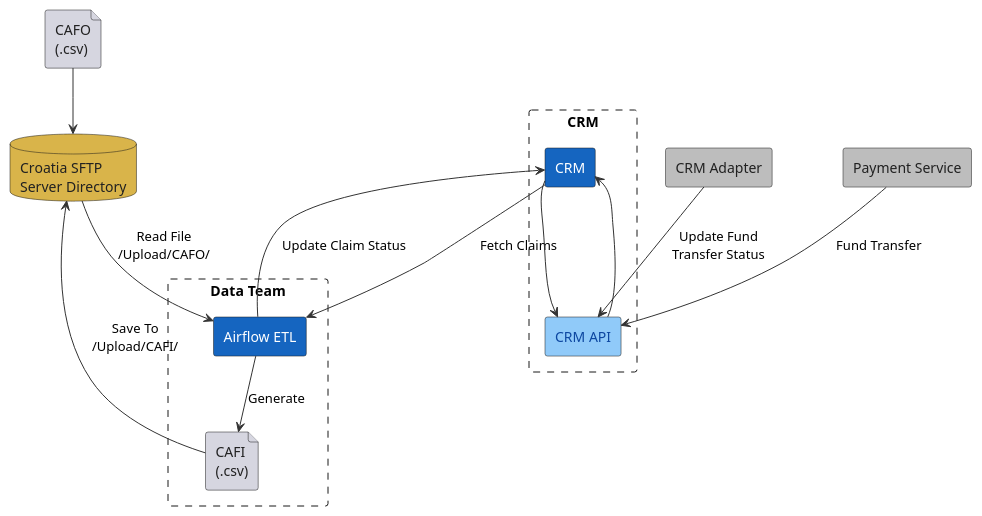
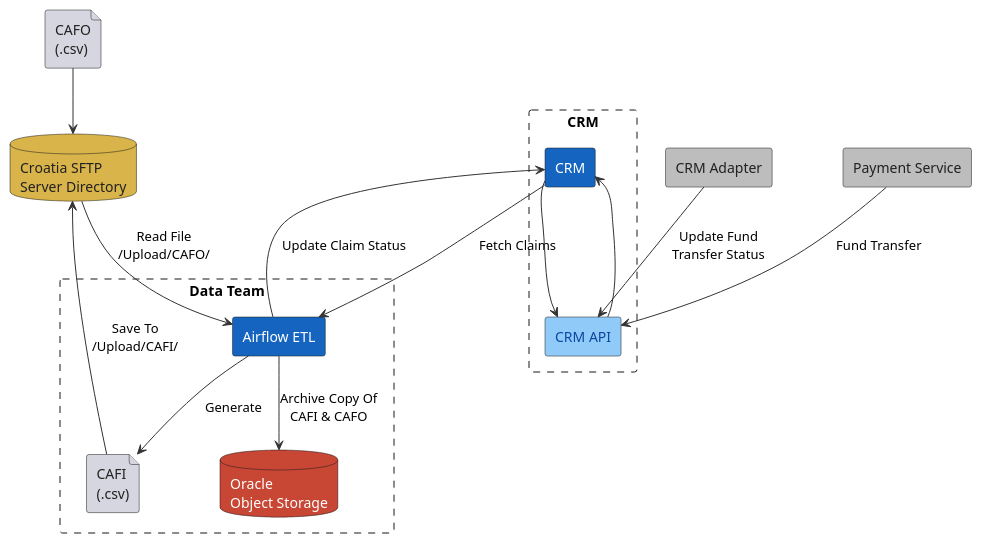
One commit to AdhamNour/plantuml_learning changed the diagram in crm_plantuml.puml. Above: the diagram before and after it, drawn with PlantUML.

Commit message:
Show ETL archiving CAFI/CAFO copies to Oracle Object Storage
The Airflow ETL retains a copy of every CAFI and CAFO file, which the
diagram did not show at all. Adds an Oracle Object Storage cylinder in
the Data Team boundary (the team that owns the archive) with a single
arrow from the ETL, since the ETL is what performs the copy.

Drawing one arrow per file instead was tried and rejected: it crossed
the Save To/Read File lines and pushed CAFO onto the boundary edge.

Splits the database skinparam by stereotype so the archive reads as a
distinct system from the Croatia SFTP directory rather than sharing
its color.

Claude-Session: https://claude.ai/code/session_01NVT4WJCtQjeYWkpL8qfL4N

```diff
--- a/crm_plantuml.puml
+++ b/crm_plantuml.puml
@@ -1,68 +1,74 @@
 @startuml CRM_Architecture
 
 hide stereotype
 
 skinparam rectangle {
   BackgroundColor<<crm_core>> #1565C0
   FontColor<<crm_core>> white
   BackgroundColor<<crm_api>> #90CAF9
   FontColor<<crm_api>> #0D47A1
   BackgroundColor<<etl>> #1565C0
   FontColor<<etl>> white
   BackgroundColor<<external>> #BDBDBD
   FontColor<<external>> #212121
 }
 skinparam database {
-  BackgroundColor #D9B44A
-  FontColor #212121
+  BackgroundColor<<sftp>> #D9B44A
+  FontColor<<sftp>> #212121
+  BackgroundColor<<objectstore>> #C74634
+  FontColor<<objectstore>> white
 }
 skinparam file {
   BackgroundColor #D6D6E0
   FontColor #212121
 }
 
 skinparam defaultFontName Arial
 skinparam shadowing false
 skinparam ArrowColor #333333
 skinparam nodesep 70
 skinparam ranksep 50
 
 rectangle "CRM" as crmBoundary #line.dashed {
   rectangle "CRM" as CRM <<crm_core>>
   rectangle "CRM API" as API <<crm_api>>
 }
 
 rectangle "Data Team" as dataBoundary #line.dashed {
   rectangle "Airflow ETL" as ETL <<etl>>
   file "CAFI\n(.csv)" as CAFI
+  database "Oracle\nObject Storage" as OOS <<objectstore>>
 }
 
-database "Croatia SFTP\nServer Directory" as SFTP
+database "Croatia SFTP\nServer Directory" as SFTP <<sftp>>
 file "CAFO\n(.csv)" as CAFO
 
 rectangle "CRM Adapter" as Adapter <<external>>
 rectangle "Payment Service" as Payment <<external>>
 
 ' CRM <-> ETL flows
 CRM --> ETL : Fetch Claims
 ETL --> CRM : Update Claim Status
 
 ' CRM <-> API
 CRM --> API
 API --> CRM
 
 ' File generation and SFTP
 ETL --> CAFI : Generate
 CAFI --> SFTP : Save To\n/Upload/CAFI/
 
 ' SFTP back to ETL
 SFTP --> ETL : Read File\n/Upload/CAFO/
 
 ' CAFO on SFTP
 CAFO --> SFTP
 
+' Archive copies retained by the ETL
+ETL --> OOS : Archive Copy Of\nCAFI & CAFO
+
 ' External flows
 Adapter --> API : Update Fund\nTransfer Status
 Payment --> API : Fund Transfer
 
 @enduml
```
